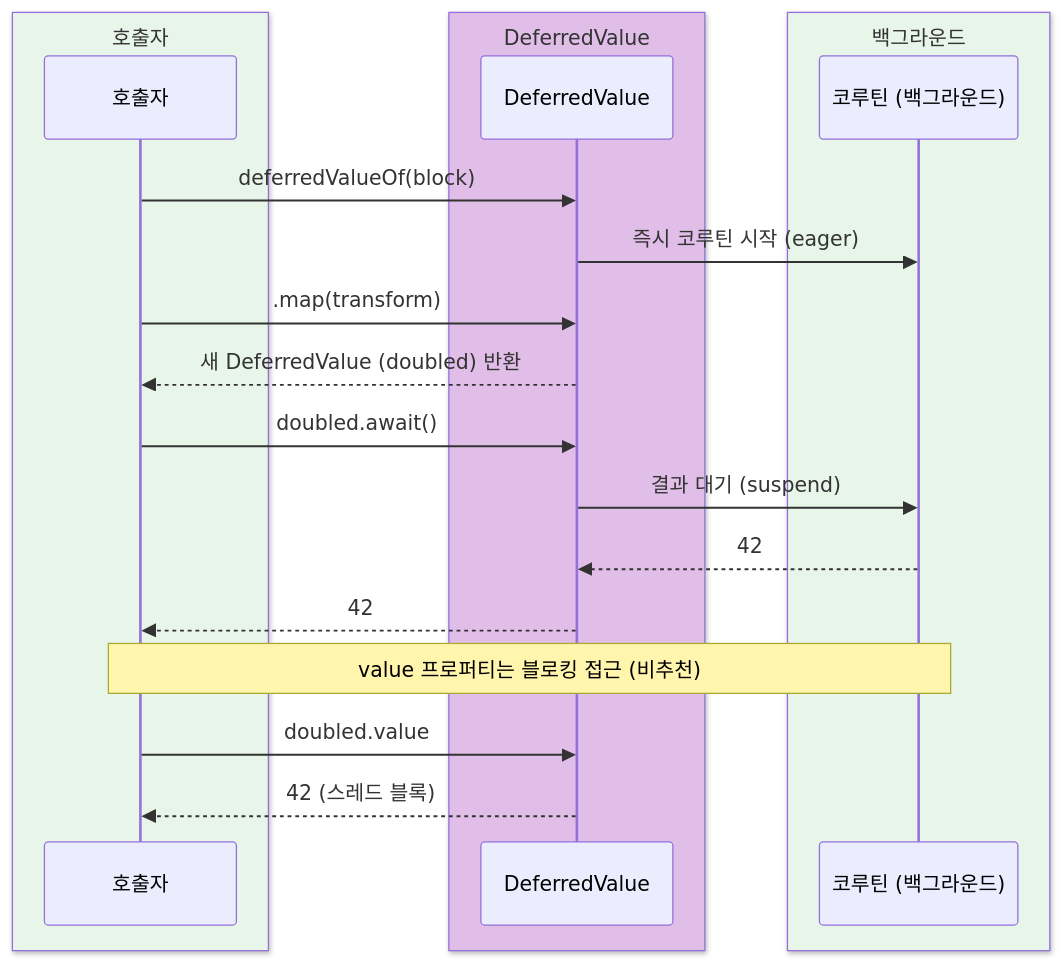
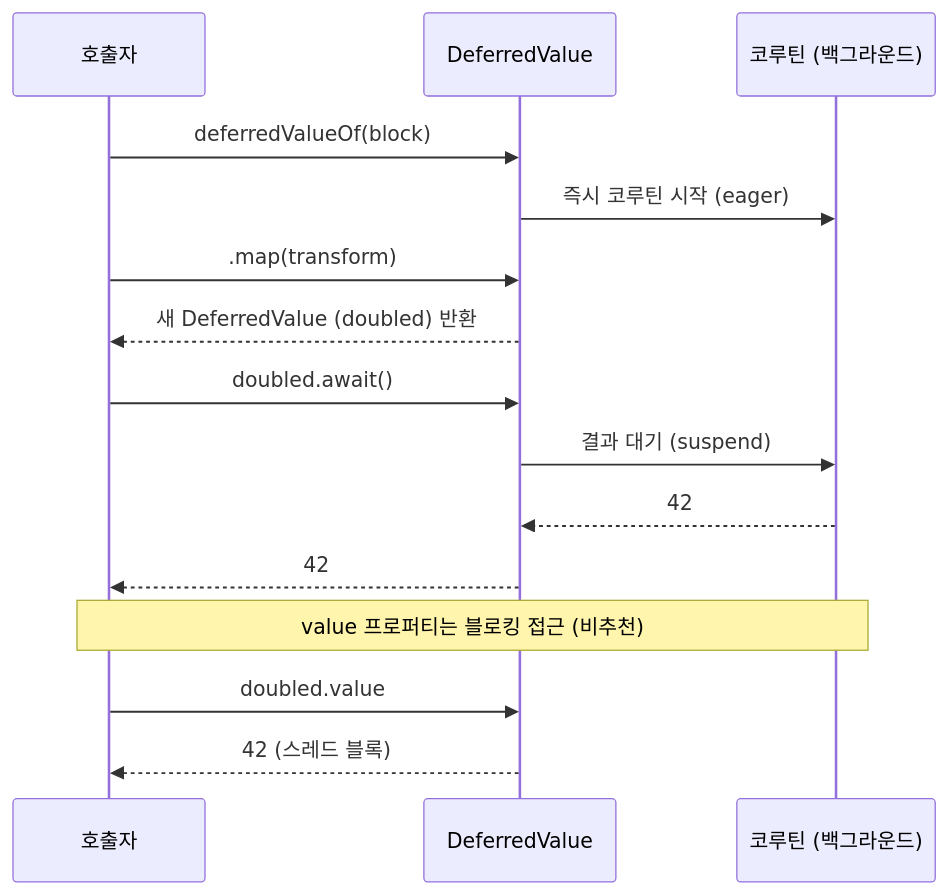
The third of 16 diagrams in bluetape4k/coroutines/README.ko.md (bluetape4k/bluetape4k-projects), drawn with Mermaid before and after one commit. The commit also changed other lines of this file and 219 other files, not shown here.

First line of the commit message:
docs: 전체 README Mermaid 다이어그램 가이드 적용

````diff
--- a/bluetape4k/coroutines/README.ko.md
+++ b/bluetape4k/coroutines/README.ko.md
@@ -155,27 +155,21 @@
 ```mermaid
 sequenceDiagram
-    box rgb(232, 245, 233) 호출자
         participant C as 호출자
-    end
-    box rgb(225, 190, 231) DeferredValue
         participant DV as DeferredValue
-    end
-    box rgb(232, 245, 233) 백그라운드
         participant Co as 코루틴 (백그라운드)
-    end
 
     C->>DV: deferredValueOf(block)
     DV->>Co: 즉시 코루틴 시작 (eager)
 
     C->>DV: .map(transform)
     DV-->>C: 새 DeferredValue (doubled) 반환
 
     C->>DV: doubled.await()
     DV->>Co: 결과 대기 (suspend)
     Co-->>DV: 42
     DV-->>C: 42
 
     Note over C,Co: value 프로퍼티는 블로킹 접근 (비추천)
     C->>DV: doubled.value
     DV-->>C: 42 (스레드 블록)
 ```
````
